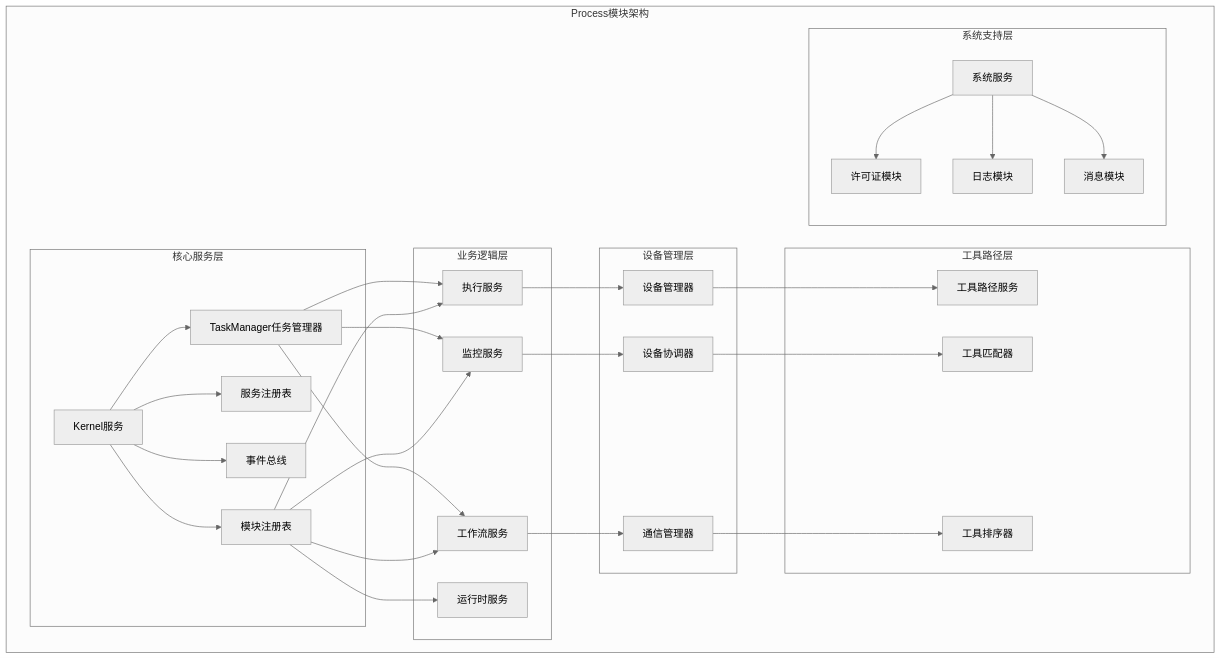
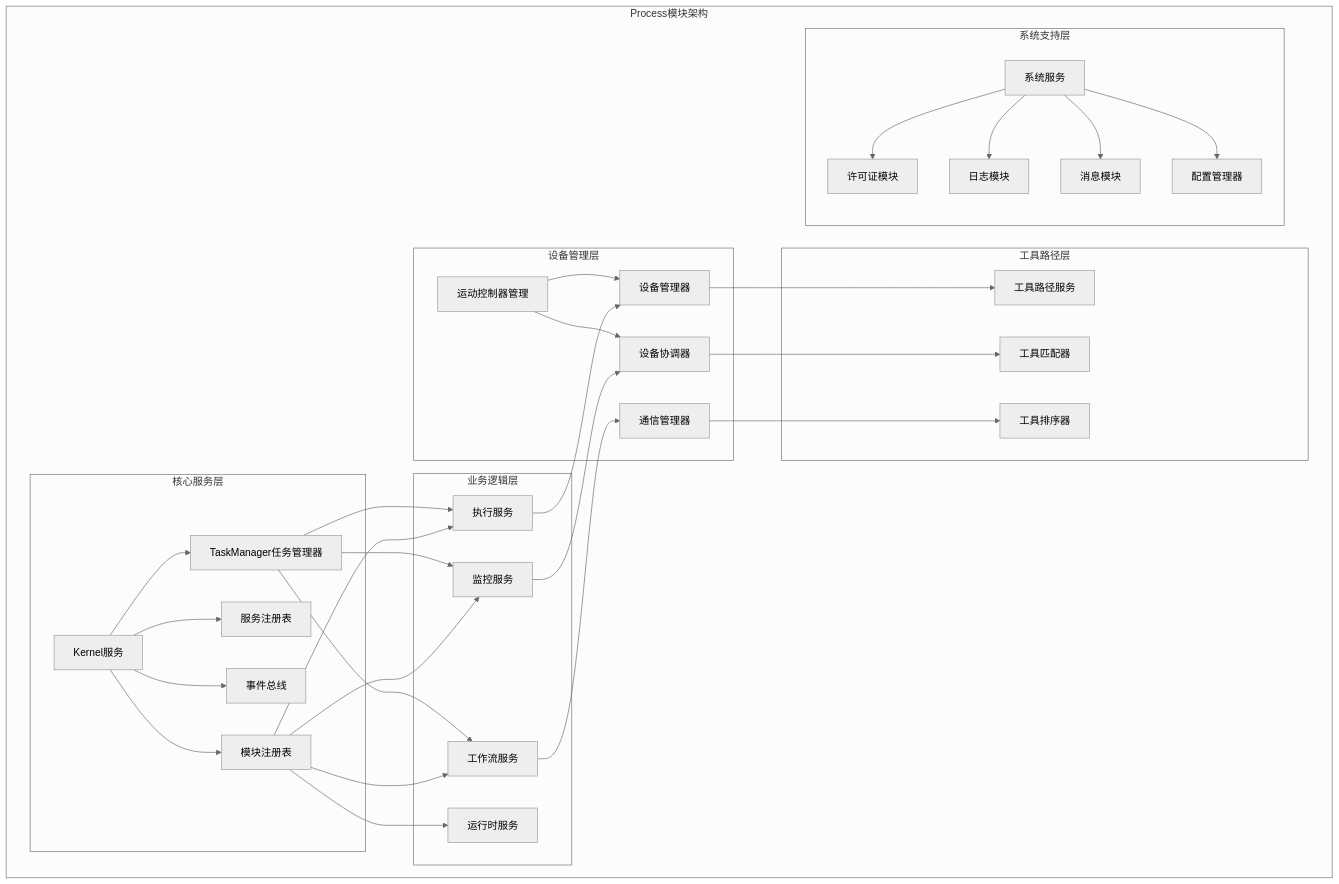
One commit to super1wang/LaserCNCv1.0 changed the first of 26 diagrams in .qoder/repowiki/zh/content/项目概述/模块设计/Process模块设计/Process模块服务管理架构改进.md. Above: the diagram before and after it, drawn with Mermaid (neutral theme). The commit also changed other lines of this file and 25 other files, not shown here.

````diff
--- a/.qoder/repowiki/zh/content/项目概述/模块设计/Process模块设计/Process模块服务管理架构改进.md
+++ b/.qoder/repowiki/zh/content/项目概述/模块设计/Process模块设计/Process模块服务管理架构改进.md
@@ -138,54 +157,59 @@
 ```mermaid
 graph TB
 subgraph "Process模块架构"
 subgraph "核心服务层"
 Kernel[Kernel服务]
 ModuleReg[模块注册表]
 ServiceReg[服务注册表]
 EventBus[事件总线]
 TaskMgr[TaskManager任务管理器]
 end
 subgraph "业务逻辑层"
 ExecSvc[执行服务]
 MonitorSvc[监控服务]
 WorkflowSvc[工作流服务]
 RuntimeSvc[运行时服务]
 end
 subgraph "设备管理层"
 DeviceMgr[设备管理器]
 DeviceCoord[设备协调器]
 CommMgr[通信管理器]
+MotionCtl[运动控制器管理]
 end
 subgraph "工具路径层"
 ToolpathSvc[工具路径服务]
 ToolMatcher[工具匹配器]
 ToolSorter[工具排序器]
 end
 subgraph "系统支持层"
 SysSvc[系统服务]
 License[许可证模块]
 LogMod[日志模块]
 MsgMod[消息模块]
+CfgMgr[配置管理器]
 end
 end
 Kernel --> ModuleReg
 Kernel --> ServiceReg
 Kernel --> EventBus
 Kernel --> TaskMgr
 ModuleReg --> ExecSvc
 ModuleReg --> MonitorSvc
 ModuleReg --> WorkflowSvc
 ModuleReg --> RuntimeSvc
 ExecSvc --> DeviceMgr
 MonitorSvc --> DeviceCoord
 WorkflowSvc --> CommMgr
 DeviceMgr --> ToolpathSvc
 DeviceCoord --> ToolMatcher
 CommMgr --> ToolSorter
 SysSvc --> License
 SysSvc --> LogMod
 SysSvc --> MsgMod
+SysSvc --> CfgMgr
 TaskMgr --> ExecSvc
 TaskMgr --> MonitorSvc
 TaskMgr --> WorkflowSvc
+MotionCtl --> DeviceMgr
+MotionCtl --> DeviceCoord
 ```
````
